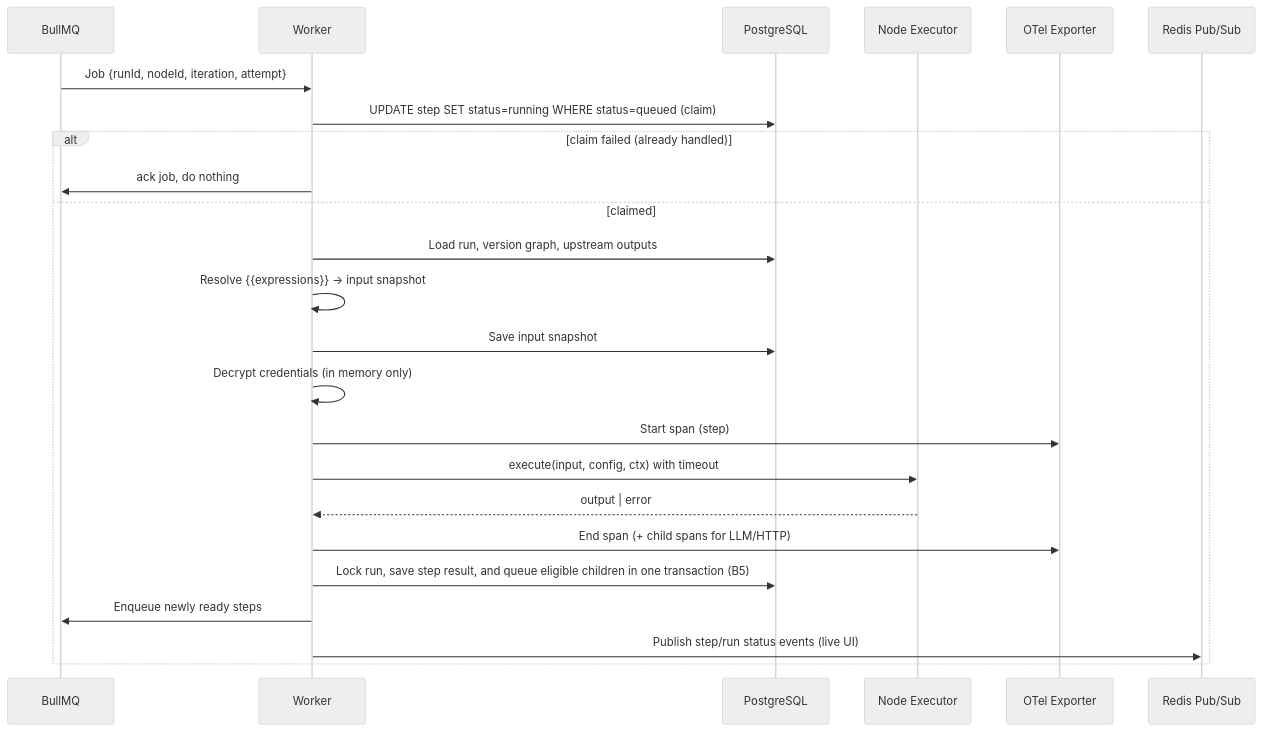
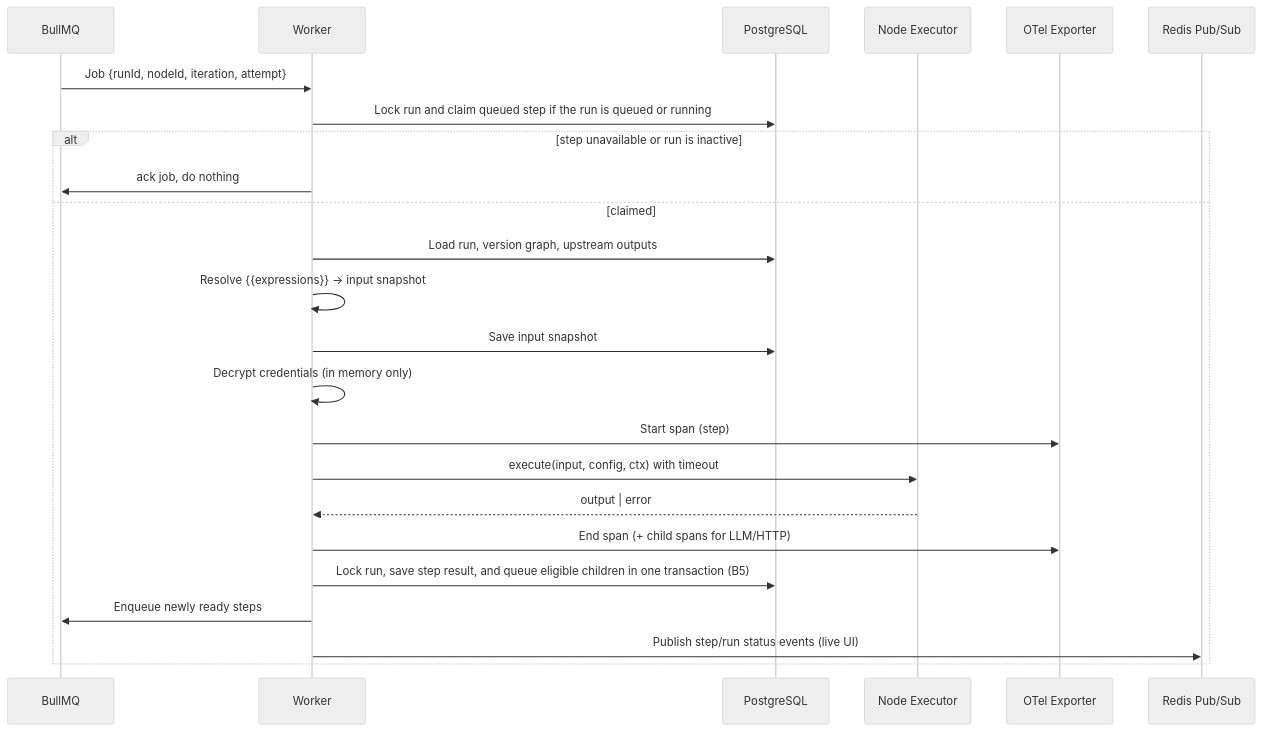
One commit to V-vumika/TraceAI changed the fourth of 6 diagrams in traceai/docs/workflow.md. Above: the diagram before and after it, drawn with Mermaid (neutral theme). The commit also changed other lines of this file and 15 other files, not shown here.

Commit message:
feat: add final run status and continue-on-error

````diff
--- a/traceai/docs/workflow.md
+++ b/traceai/docs/workflow.md
@@ -205,27 +207,27 @@
 ```mermaid
 sequenceDiagram
     participant Q as BullMQ
     participant W as Worker
     participant PG as PostgreSQL
     participant X as Node Executor
     participant OT as OTel Exporter
     participant PS as Redis Pub/Sub
 
     Q->>W: Job {runId, nodeId, iteration, attempt}
-    W->>PG: UPDATE step SET status=running WHERE status=queued (claim)
-    alt claim failed (already handled)
+    W->>PG: Lock run and claim queued step if the run is queued or running
+    alt step unavailable or run is inactive
         W->>Q: ack job, do nothing
     else claimed
         W->>PG: Load run, version graph, upstream outputs
         W->>W: Resolve {{expressions}} → input snapshot
         W->>PG: Save input snapshot
         W->>W: Decrypt credentials (in memory only)
         W->>OT: Start span (step)
         W->>X: execute(input, config, ctx) with timeout
         X-->>W: output | error
         W->>OT: End span (+ child spans for LLM/HTTP)
         W->>PG: Lock run, save step result, and queue eligible children in one transaction (B5)
         W->>Q: Enqueue newly ready steps
         W->>PS: Publish step/run status events (live UI)
     end
 ```
````
